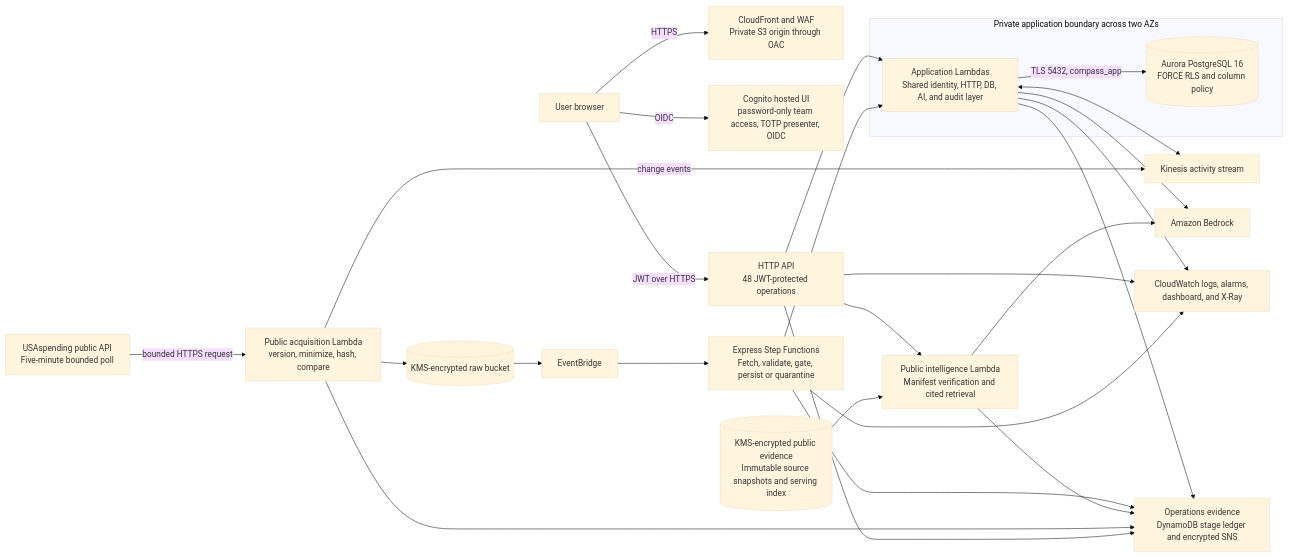
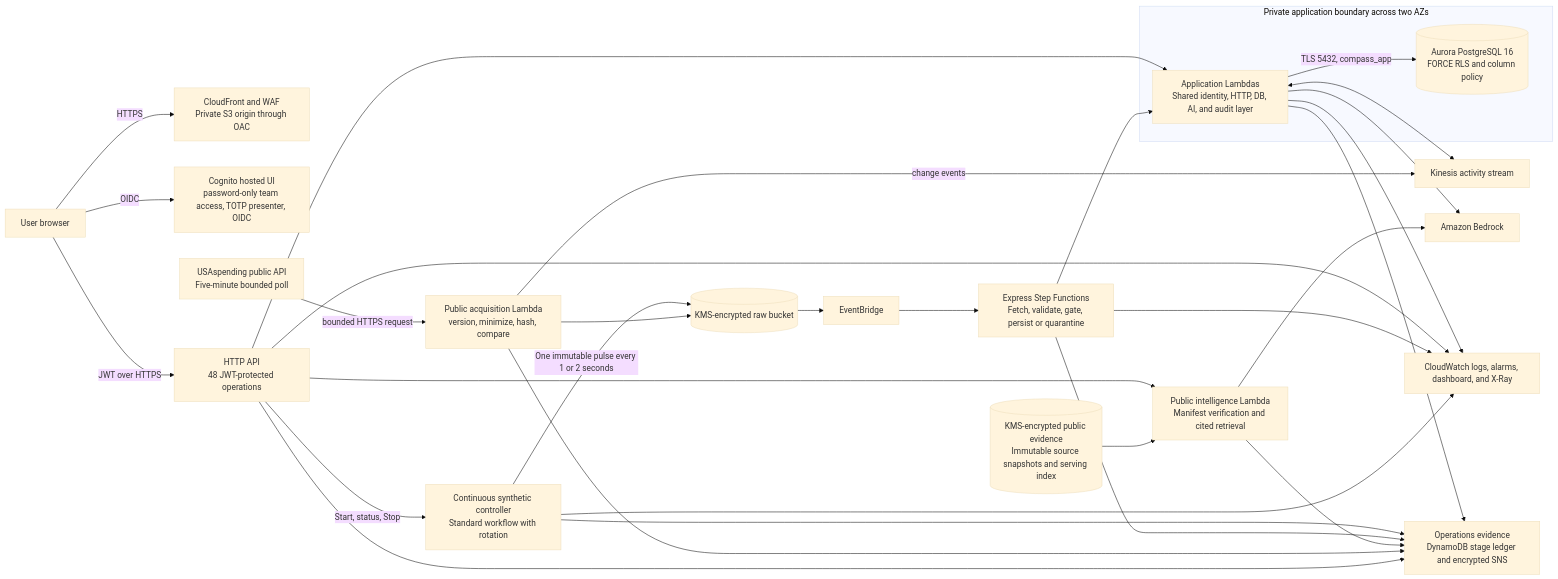
The first of 3 diagrams in docs/ARCHITECTURE.md (SatsyilCorp/compass-demo), drawn with Mermaid (base theme) before and after one commit. The commit also changed other lines of this file and 18 other files, not shown here.

````diff
--- a/docs/ARCHITECTURE.md
+++ b/docs/ARCHITECTURE.md
@@ -15,47 +15,52 @@
 ```mermaid
 flowchart LR
   U["User browser"]
   CF["CloudFront and WAF\nPrivate S3 origin through OAC"]
   COG["Cognito hosted UI\npassword-only team access, TOTP presenter, OIDC"]
   API["HTTP API\n48 JWT-protected operations"]
 
   subgraph VPC["Private application boundary across two AZs"]
     L["Application Lambdas\nShared identity, HTTP, DB, AI, and audit layer"]
     DB[("Aurora PostgreSQL 16\nFORCE RLS and column policy")]
     L -->|"TLS 5432, compass_app"| DB
   end
 
   RAW[("KMS-encrypted raw bucket")]
+  CTRL["Continuous synthetic controller\nStandard workflow with rotation"]
   EB["EventBridge"]
   SFN["Express Step Functions\nFetch, validate, gate, persist or quarantine"]
   KIN["Kinesis activity stream"]
   BR["Amazon Bedrock"]
   PI["Public intelligence Lambda\nManifest verification and cited retrieval"]
   PUB[("KMS-encrypted public evidence\nImmutable source snapshots and serving index")]
   CW["CloudWatch logs, alarms, dashboard, and X-Ray"]
   OPS["Operations evidence\nDynamoDB stage ledger and encrypted SNS"]
   USA["USAspending public API\nFive-minute bounded poll"]
   ACQ["Public acquisition Lambda\nversion, minimize, hash, compare"]
 
   U -->|"HTTPS"| CF
   U -->|"OIDC"| COG
   U -->|"JWT over HTTPS"| API
   API --> L
+  API -->|"Start, status, Stop"| CTRL
+  CTRL -->|"One immutable pulse every 1 or 2 seconds"| RAW
   RAW --> EB --> SFN --> L
   L <--> KIN
   L --> BR
   API --> PI
   PUB --> PI
   PI --> BR
   API --> CW
   L --> CW
   SFN --> CW
   USA -->|"bounded HTTPS request"| ACQ
   ACQ --> RAW
   ACQ -->|"change events"| KIN
   L --> OPS
+  CTRL --> OPS
+  CTRL --> CW
   SFN --> OPS
   PI --> OPS
   ACQ --> OPS
   API --> OPS
 ```
````
